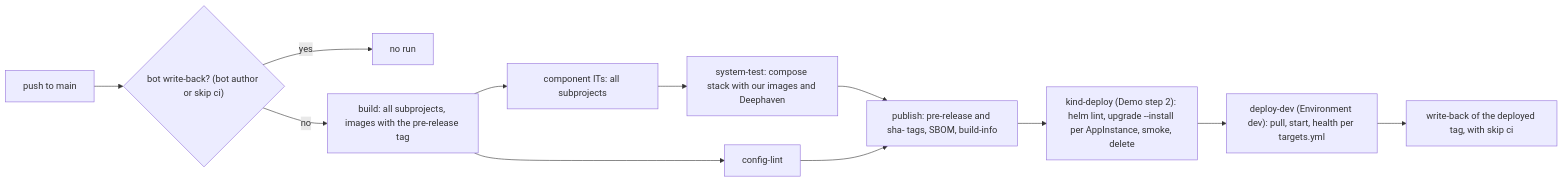
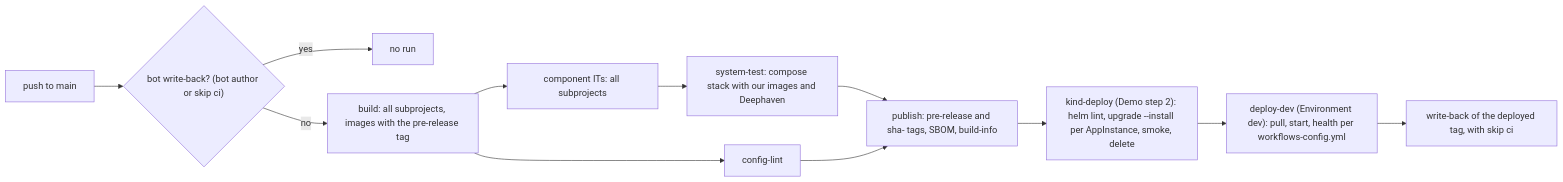
One commit to crazymatthsu/github-demo changed the third of 5 diagrams in docs/07-ci-pipeline-github-actions.md. Above: the diagram before and after it, drawn with Mermaid. The commit also changed other lines of this file and 25 other files, not shown here.

First line of the commit message:
refactor(config): rename the per-flow deploy inventory to workflows-config.yml

````diff
--- a/docs/07-ci-pipeline-github-actions.md
+++ b/docs/07-ci-pipeline-github-actions.md
@@ -482,14 +482,14 @@
 ```mermaid
 flowchart LR
   P["push to main"] --> LG{"bot write-back? (bot author or skip ci)"}
   LG -->|yes| STOP["no run"]
   LG -->|no| B["build: all subprojects, images with the pre-release tag"]
   B --> IT["component ITs: all subprojects"]
   B --> CL["config-lint"]
   IT --> ST["system-test: compose stack with our images and Deephaven"]
   ST --> PUB["publish: pre-release and sha- tags, SBOM, build-info"]
   CL --> PUB
   PUB --> KD["kind-deploy (Demo step 2): helm lint, upgrade --install per AppInstance, smoke, delete"]
-  KD --> DD["deploy-dev (Environment dev): pull, start, health per targets.yml"]
+  KD --> DD["deploy-dev (Environment dev): pull, start, health per workflows-config.yml"]
   DD --> WB["write-back of the deployed tag, with skip ci"]
 ```
````
